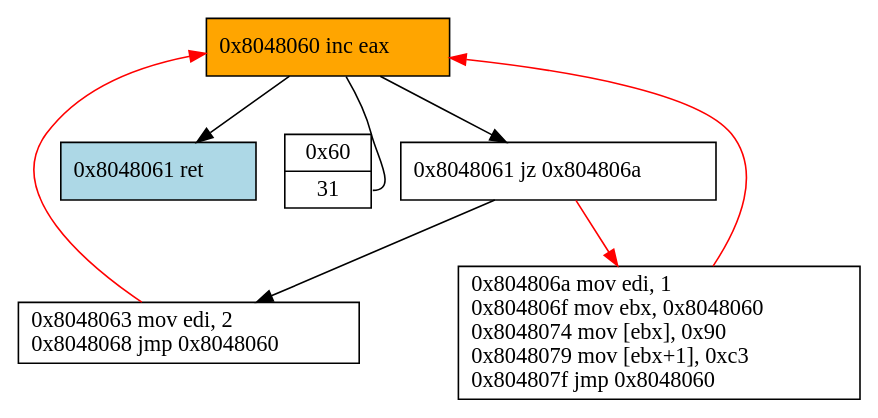
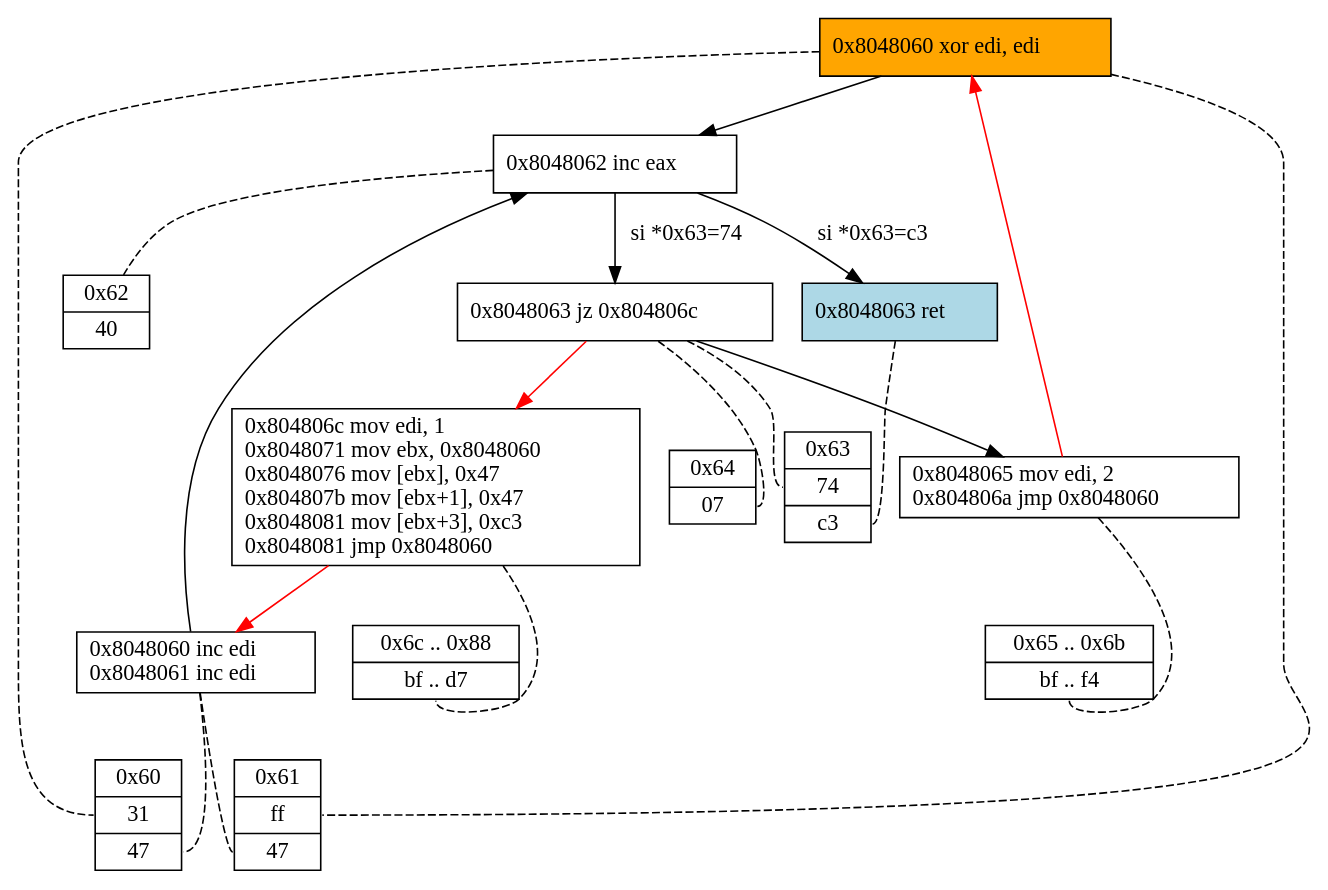
One commit to yaps8/these changed the diagram in supports/disas_sm/ex2_parfait_amb.dot. Above: the diagram before and after it, drawn with Graphviz. The commit also changed 5 other files, not shown here.

```diff
--- a/supports/disas_sm/ex2_parfait_amb.dot
+++ b/supports/disas_sm/ex2_parfait_amb.dot
@@ -1,16 +1,38 @@
 digraph G {
 labeljust=r
-"60" [labeljust=r,label="0x8048060 inc eax\l", shape=box, style="filled", fillcolor=orange]
-"61a" [labeljust=r,label="0x8048061 jz 0x804806a\l", shape=box, style="filled", fillcolor=white]
-"61b" [labeljust=r,label="0x8048061 ret\l", shape=box, style="filled", fillcolor=lightblue]
-"63" [labeljust=r,label="0x8048063 mov edi, 2\l0x8048068 jmp 0x8048060\l", shape=box, style="filled", fillcolor=white]
-"6a" [labeljust=r,label="0x804806a mov edi, 1 \l0x804806f mov ebx, 0x8048060 \l0x8048074 mov [ebx], 0x90 \l0x8048079 mov [ebx+1], 0xc3 \l0x804807f jmp 0x8048060\l", shape=box, style="filled", fillcolor=white]
-"0x60" [shape=record, label="{<f0> 0x60 |<f1> 31}"]
-"60" -> "0x60":f1 [arrowhead=none, color=black]
-"60" -> "61a" [color=black]
-"60" -> "61b" [color=black]
-"61a" -> "6a" [color=red]
-"61a" -> "63" [color=black]
-"63" -> "60" [color=red]
-"6a" -> "60" [color=red]
+"60a" [labeljust=r,label="0x8048060 xor edi, edi\l", shape=box, style="filled", fillcolor=orange]
+"60b" [labeljust=r,label="0x8048060 inc edi\l0x8048061 inc edi\l", shape=box, style="filled", fillcolor=white]
+"62" [labeljust=r,label="0x8048062 inc eax\l", shape=box, style="filled", fillcolor=white]
+"63a" [labeljust=r,label="0x8048063 jz 0x804806c\l", shape=box, style="filled", fillcolor=white]
+"63b" [labeljust=r,label="0x8048063 ret\l", shape=box, style="filled", fillcolor=lightblue]
+"65" [labeljust=r,label="0x8048065 mov edi, 2\l0x804806a jmp 0x8048060\l", shape=box, style="filled", fillcolor=white]
+"6c" [labeljust=r,label="0x804806c mov edi, 1 \l0x8048071 mov ebx, 0x8048060 \l0x8048076 mov [ebx], 0x47 \l0x804807b mov [ebx+1], 0x47\l0x8048081 mov [ebx+3], 0xc3 \l0x8048081 jmp 0x8048060\l", shape=box, style="filled", fillcolor=white]
+
+"0x60" [shape=record, label="{<f0> 0x60 |<f1> 31 | <f2> 47}"]
+"0x61" [shape=record, label="{<f0> 0x61 |<f1> ff | <f2> 47}"]
+"0x62" [shape=record, label="{<f0> 0x62 |<f1> 40 }"]
+"0x63" [shape=record, label="{<f0> 0x63 |<f1> 74 | <f2> c3}"]
+"0x64" [shape=record, label="{<f0> 0x64 |<f1> 07 }"]
+"0x6c" [shape=record, label="{<f0> 0x6c .. 0x88 |<f1> bf .. d7 }"]
+"0x65" [shape=record, label="{<f0> 0x65 .. 0x6b |<f1> bf .. f4 }"]
+
+"60a" -> "0x60":f1 [arrowhead=none, style=dashed]
+"60a" -> "0x61":f1 [arrowhead=none, style=dashed]
+"60b" -> "0x60":f2 [arrowhead=none, style=dashed]
+"60b" -> "0x61":f2 [arrowhead=none, style=dashed]
+"62" -> "0x62" [arrowhead=none, style=dashed]
+"63a" -> "0x63":f1 [arrowhead=none, style=dashed]
+"63a" -> "0x64":f1 [arrowhead=none, style=dashed]
+"63b" -> "0x63":f2 [arrowhead=none, style=dashed]
+"65" -> "0x65":f1 [arrowhead=none, style=dashed]
+"6c" -> "0x6c":f1 [arrowhead=none, style=dashed]
+
+"60a" -> "62" [color=black]
+"62" -> "63a" [color=black, label="si *0x63=74"]
+"62" -> "63b" [color=black, label="si *0x63=c3"]
+"63a" -> "65" [color=black]
+"63a" -> "6c" [color=red]
+"60b" -> "62" [color=black]
+"65" -> "60a" [color=red]
+"6c" -> "60b" [color=red]
 }
```
